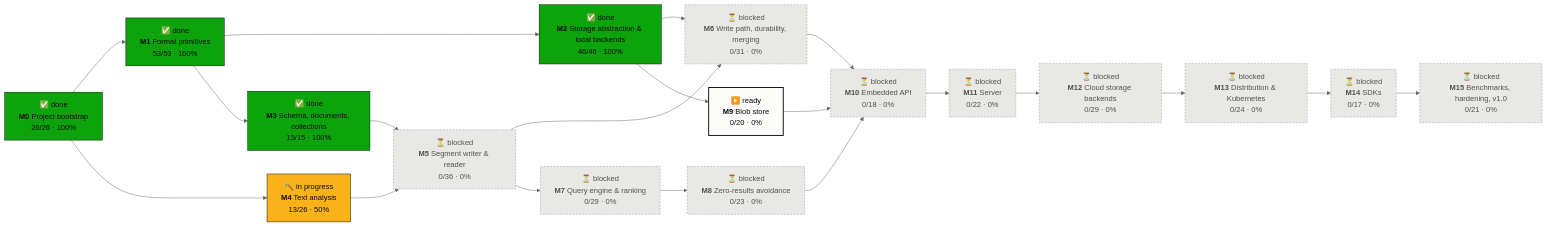
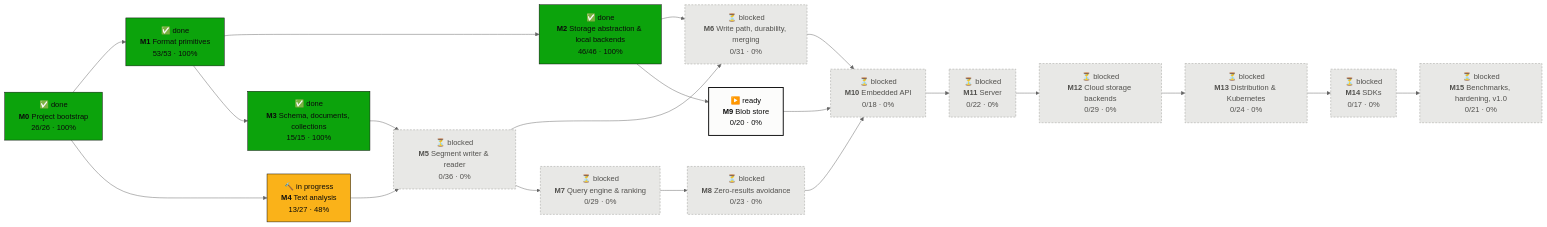
The first of 2 diagrams in PROGRESS.md (tomiok/persiaDB), drawn with Mermaid (neutral theme) before and after one commit. The commit also changed other lines of this file and 8 other files, not shown here.

First line of the commit message:
fix(analysis): PR review — guard placement doc, stricter filter tests, SPEC §6.3.2 clarifications (ROADMAP 4.2)

````diff
--- a/PROGRESS.md
+++ b/PROGRESS.md
@@ -14,42 +14,42 @@
 ```mermaid
 flowchart LR
   M0["✅ done<br/><b>M0</b> Project bootstrap<br/>26/26 · 100%"]:::done
   M1["✅ done<br/><b>M1</b> Format primitives<br/>53/53 · 100%"]:::done
   M2["✅ done<br/><b>M2</b> Storage abstraction & local backends<br/>46/46 · 100%"]:::done
   M3["✅ done<br/><b>M3</b> Schema, documents, collections<br/>15/15 · 100%"]:::done
-  M4["🔨 in progress<br/><b>M4</b> Text analysis<br/>13/26 · 50%"]:::doing
+  M4["🔨 in progress<br/><b>M4</b> Text analysis<br/>13/27 · 48%"]:::doing
   M5["⏳ blocked<br/><b>M5</b> Segment writer & reader<br/>0/36 · 0%"]:::blocked
   M6["⏳ blocked<br/><b>M6</b> Write path, durability, merging<br/>0/31 · 0%"]:::blocked
   M7["⏳ blocked<br/><b>M7</b> Query engine & ranking<br/>0/29 · 0%"]:::blocked
   M8["⏳ blocked<br/><b>M8</b> Zero-results avoidance<br/>0/23 · 0%"]:::blocked
   M9["▶️ ready<br/><b>M9</b> Blob store<br/>0/20 · 0%"]:::ready
   M10["⏳ blocked<br/><b>M10</b> Embedded API<br/>0/18 · 0%"]:::blocked
   M11["⏳ blocked<br/><b>M11</b> Server<br/>0/22 · 0%"]:::blocked
   M12["⏳ blocked<br/><b>M12</b> Cloud storage backends<br/>0/29 · 0%"]:::blocked
   M13["⏳ blocked<br/><b>M13</b> Distribution & Kubernetes<br/>0/24 · 0%"]:::blocked
   M14["⏳ blocked<br/><b>M14</b> SDKs<br/>0/17 · 0%"]:::blocked
   M15["⏳ blocked<br/><b>M15</b> Benchmarks, hardening, v1.0<br/>0/21 · 0%"]:::blocked
   M0 --> M1
   M1 --> M2
   M1 --> M3
   M0 --> M4
   M3 --> M5
   M4 --> M5
   M2 --> M6
   M5 --> M6
   M5 --> M7
   M7 --> M8
   M2 --> M9
   M6 --> M10
   M8 --> M10
   M9 --> M10
   M10 --> M11
   M11 --> M12
   M12 --> M13
   M13 --> M14
   M14 --> M15
   classDef done fill:#0ca30c,stroke:#0b0b0b,color:#0b0b0b
   classDef doing fill:#fab219,stroke:#0b0b0b,color:#0b0b0b
   classDef ready fill:#fcfcfb,stroke:#0b0b0b,stroke-width:2px,color:#0b0b0b
   classDef blocked fill:#e8e8e6,stroke:#9a9a96,stroke-dasharray:4 3,color:#52514e
 ```
````
